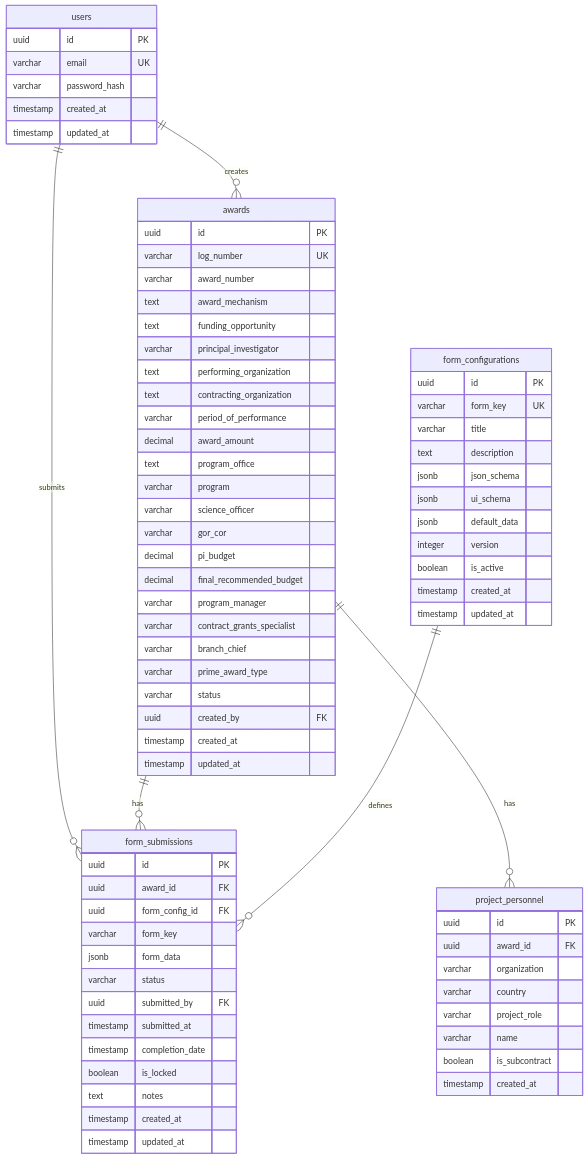
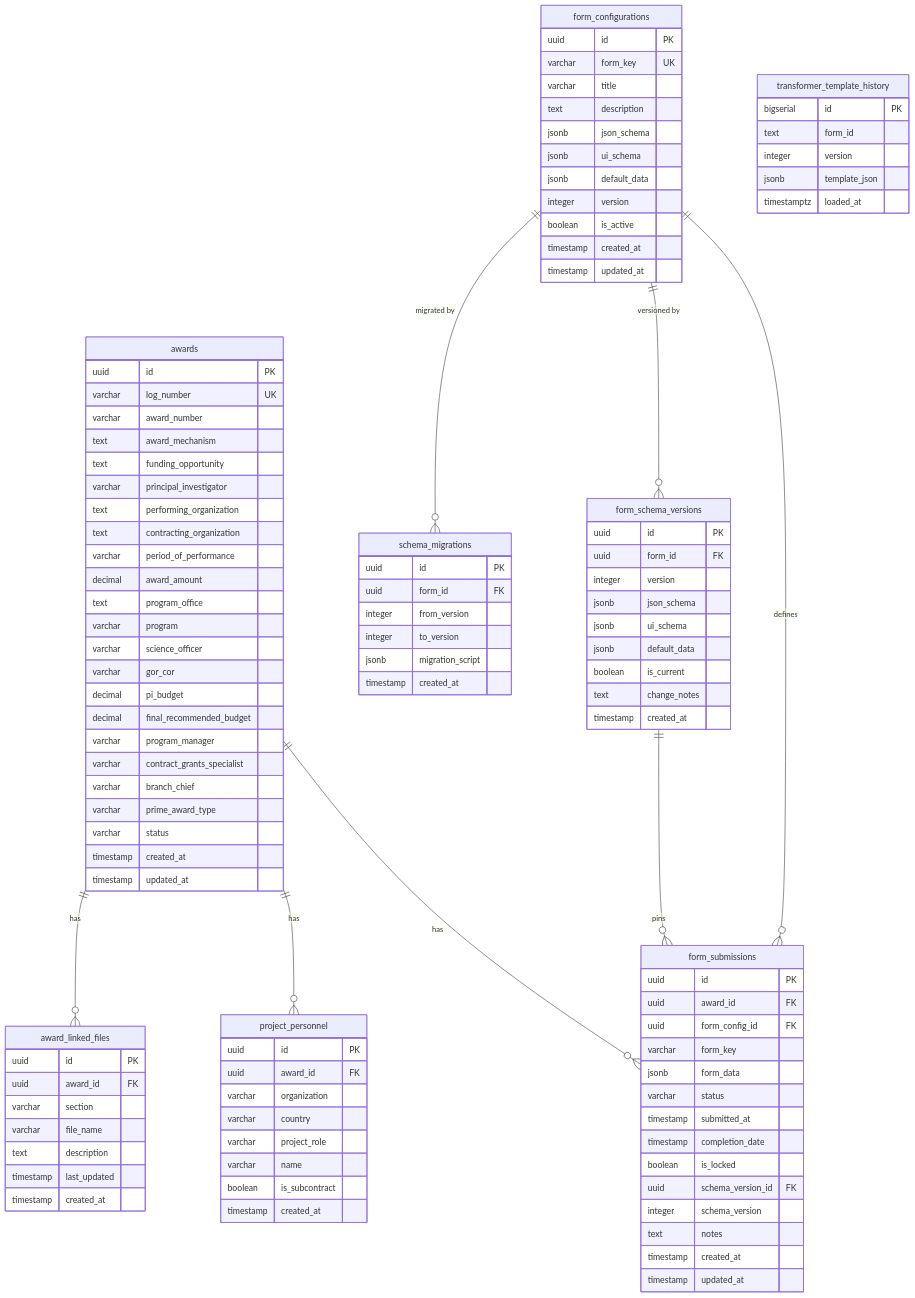
Before and after one commit to jphipps42/RJSF-POC: the diagram in docs/diagrams/entity-relationship.md, drawn with Mermaid. The commit also changed 197 other files, not shown here.

````diff
--- a/docs/diagrams/entity-relationship.md
+++ b/docs/diagrams/entity-relationship.md
@@ -1,13 +1,5 @@
 ```mermaid
 erDiagram
-    users {
-        uuid id PK
-        varchar email UK
-        varchar password_hash
-        timestamp created_at
-        timestamp updated_at
-    }
-
     awards {
         uuid id PK
         varchar log_number UK
@@ -30,7 +22,6 @@
         varchar branch_chief
         varchar prime_award_type
         varchar status
-        uuid created_by FK
         timestamp created_at
         timestamp updated_at
     }
@@ -56,13 +47,35 @@
         varchar form_key
         jsonb form_data
         varchar status
-        uuid submitted_by FK
         timestamp submitted_at
         timestamp completion_date
         boolean is_locked
+        uuid schema_version_id FK
+        integer schema_version
         text notes
         timestamp created_at
         timestamp updated_at
+    }
+
+    form_schema_versions {
+        uuid id PK
+        uuid form_id FK
+        integer version
+        jsonb json_schema
+        jsonb ui_schema
+        jsonb default_data
+        boolean is_current
+        text change_notes
+        timestamp created_at
+    }
+
+    schema_migrations {
+        uuid id PK
+        uuid form_id FK
+        integer from_version
+        integer to_version
+        jsonb migration_script
+        timestamp created_at
     }
 
     project_personnel {
@@ -76,9 +89,29 @@
         timestamp created_at
     }
 
-    users ||--o{ awards : "creates"
-    users ||--o{ form_submissions : "submits"
+    award_linked_files {
+        uuid id PK
+        uuid award_id FK
+        varchar section
+        varchar file_name
+        text description
+        timestamp last_updated
+        timestamp created_at
+    }
+
+    transformer_template_history {
+        bigserial id PK
+        text form_id
+        integer version
+        jsonb template_json
+        timestamptz loaded_at
+    }
+
     awards ||--o{ form_submissions : "has"
     awards ||--o{ project_personnel : "has"
+    awards ||--o{ award_linked_files : "has"
     form_configurations ||--o{ form_submissions : "defines"
+    form_configurations ||--o{ form_schema_versions : "versioned by"
+    form_configurations ||--o{ schema_migrations : "migrated by"
+    form_schema_versions ||--o{ form_submissions : "pins"
 ```
````
